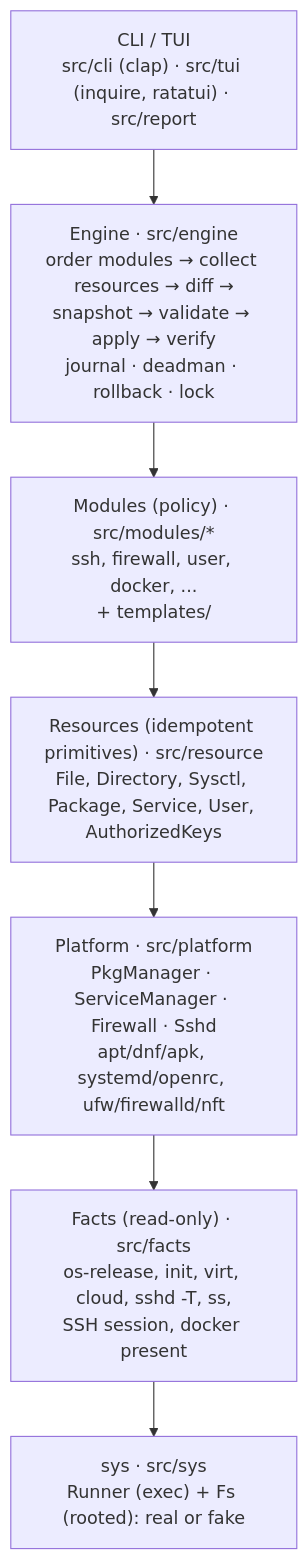
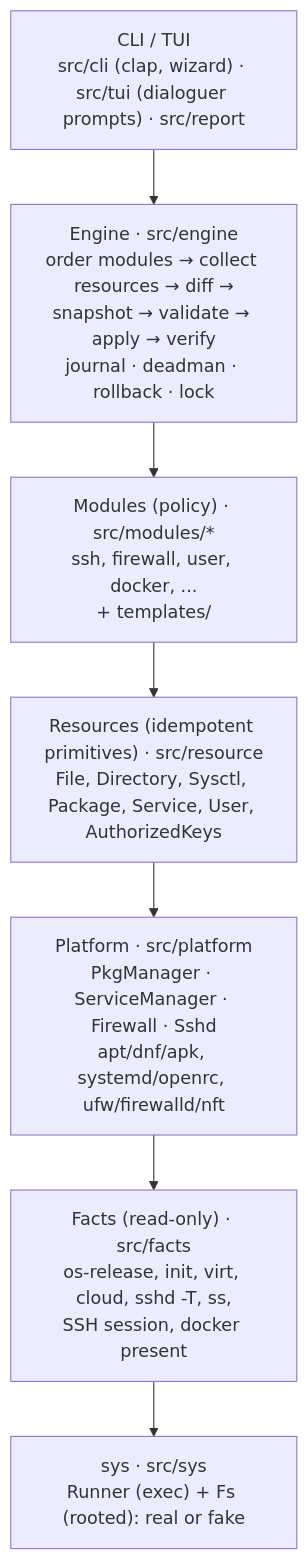
The first of 3 diagrams in docs/architecture.md (bhimrazy/vps-ready), drawn with Mermaid before and after one commit. The commit also changed other lines of this file and 11 other files, not shown here.

````diff
--- a/docs/architecture.md
+++ b/docs/architecture.md
@@ -33,11 +33,11 @@
 ```mermaid
 flowchart TB
-  cli["CLI / TUI<br/>src/cli (clap) · src/tui (inquire, ratatui) · src/report"]
+  cli["CLI / TUI<br/>src/cli (clap, wizard) · src/tui (dialoguer prompts) · src/report"]
   engine["Engine · src/engine<br/>order modules → collect resources → diff →<br/>snapshot → validate → apply → verify<br/>journal · deadman · rollback · lock"]
   modules["Modules (policy) · src/modules/*<br/>ssh, firewall, user, docker, ...<br/>+ templates/"]
   resources["Resources (idempotent primitives) · src/resource<br/>File, Directory, Sysctl, Package, Service, User, AuthorizedKeys"]
   platform["Platform · src/platform<br/>PkgManager · ServiceManager · Firewall · Sshd<br/>apt/dnf/apk, systemd/openrc, ufw/firewalld/nft"]
   facts["Facts (read-only) · src/facts<br/>os-release, init, virt, cloud, sshd -T, ss,<br/>SSH session, docker present"]
   sys["sys · src/sys<br/>Runner (exec) + Fs (rooted): real or fake"]
   cli --> engine --> modules --> resources --> platform --> facts --> sys
 ```
````
